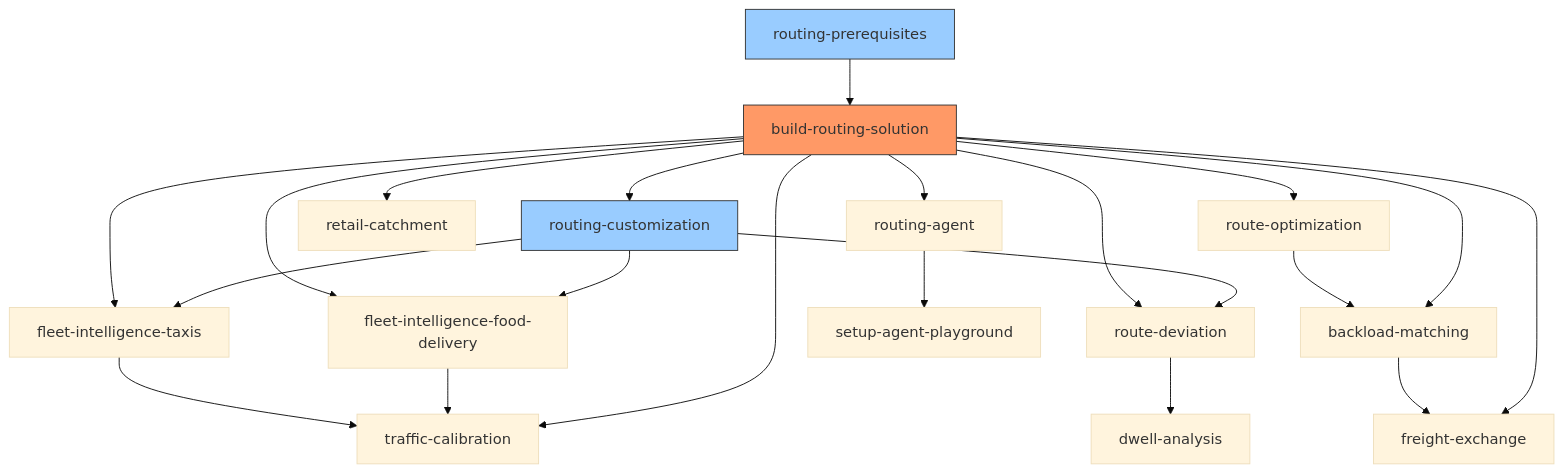
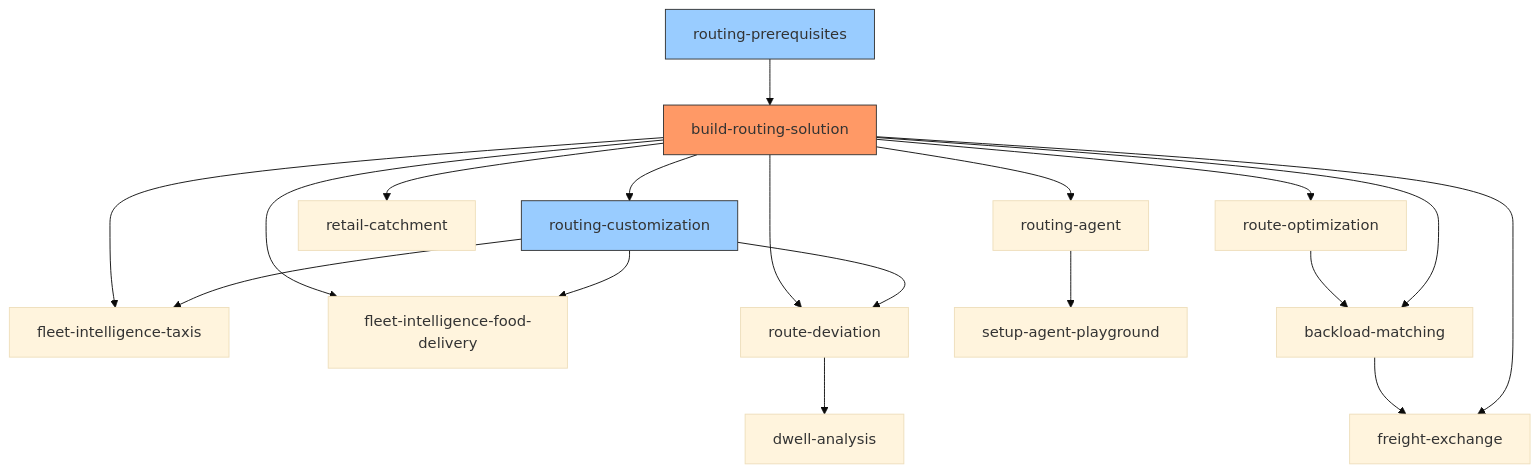
One commit to Snowflake-Labs/sfguide-create-a-route-optimisation-and-vehicle-route-plan-simulator changed the diagram in AGENTS.md. Above: the diagram before and after it, drawn with Mermaid (base theme). The commit also changed other lines of this file and 4 other files, not shown here.

First line of the commit message:
revert(traffic-calibration): drop #64 scaffold

````diff
--- a/AGENTS.md
+++ b/AGENTS.md
@@ -272,27 +271,24 @@
 ```mermaid
 graph TD
     RP[routing-prerequisites] --> BRS[build-routing-solution]
     BRS --> RC[routing-customization]
     BRS --> RO[route-optimization]
     BRS --> FIT[fleet-intelligence-taxis]
     BRS --> FIFD[fleet-intelligence-food-delivery]
     BRS --> RET[retail-catchment]
     BRS --> RD[route-deviation]
     BRS --> RA[routing-agent]
     RA --> SAP[setup-agent-playground]
     RO --> BM[backload-matching]
     BRS --> BM
     BM --> FX[freight-exchange]
     BRS --> FX
     RC --> FIT
     RC --> FIFD
     RC --> RD
  RD --> DA[dwell-analysis]
- FIT --> TC[traffic-calibration]
- FIFD --> TC
- BRS --> TC
 
  style BRS fill:#f96,stroke:#333
  style RP fill:#9cf,stroke:#333
  style RC fill:#9cf,stroke:#333
 ```
````
